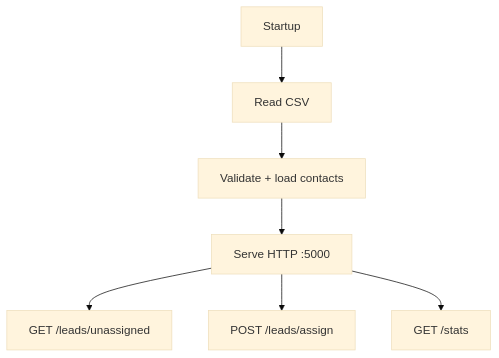
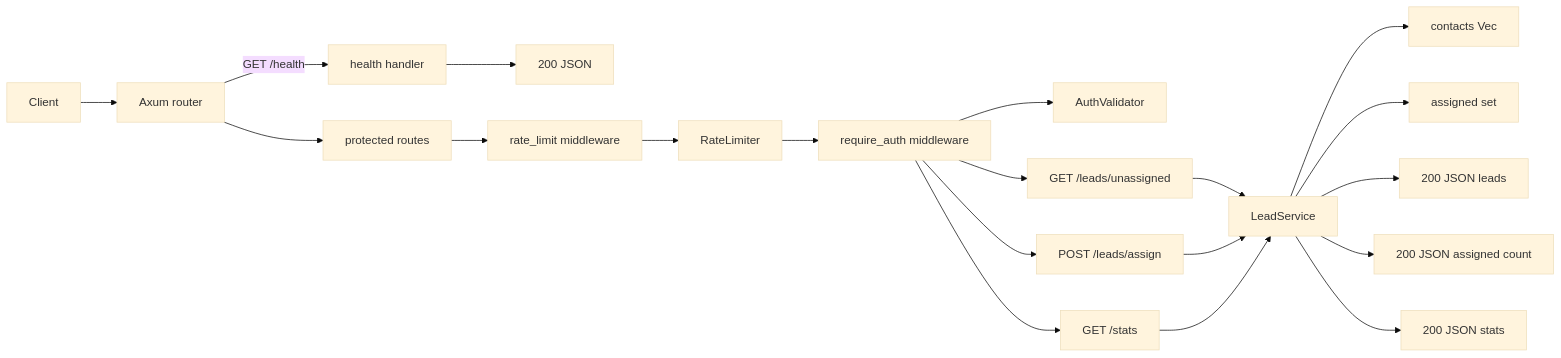
One commit to onechannelpe/crm changed the diagram in apps/lookup/readme.md. Above: the diagram before and after it, drawn with Mermaid (base theme). The commit also changed other lines of this file, not shown here.

Commit message:
docs: update README to enhance request pipeline flow and clarify code map

````diff
--- a/apps/lookup/readme.md
+++ b/apps/lookup/readme.md
@@ -15,10 +15,24 @@
 ```mermaid
-flowchart TD
-  A[Startup] --> B[Read CSV]
-  B --> C[Validate + load contacts]
-  C --> D[Serve HTTP :5000]
+flowchart LR
+  C[Client] --> R[Axum router]
 
-  D --> E[GET /leads/unassigned]
-  D --> F[POST /leads/assign]
-  D --> G[GET /stats]
+  R -->|GET /health| H[health handler]
+  H --> HJ[200 JSON]
+
+  R --> P[protected routes]
+  P --> RL[rate_limit middleware]
+  RL --> LIM[RateLimiter]
+  LIM --> AUTH[require_auth middleware]
+  AUTH --> AV[AuthValidator]
+
+  AUTH --> U[GET /leads/unassigned]
+  AUTH --> A[POST /leads/assign]
+  AUTH --> S[GET /stats]
+
+  LS[LeadService] --> V[contacts Vec]
+  LS --> AS[assigned set]
+
+  U --> LS --> UJ[200 JSON leads]
+  A --> LS --> AJ[200 JSON assigned count]
+  S --> LS --> SJ[200 JSON stats]
 ```
````
